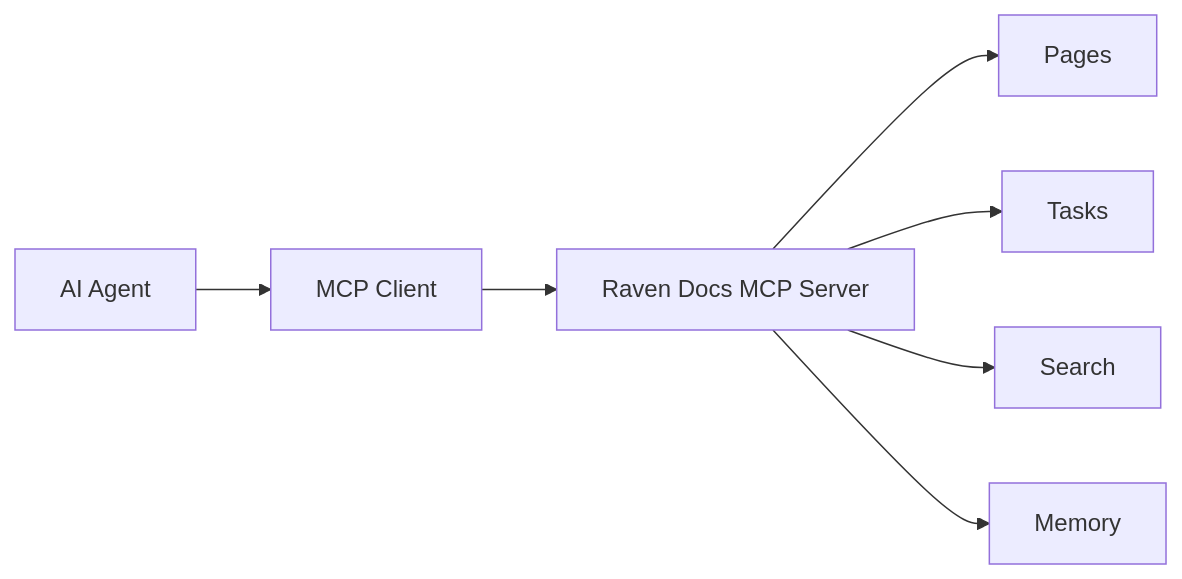
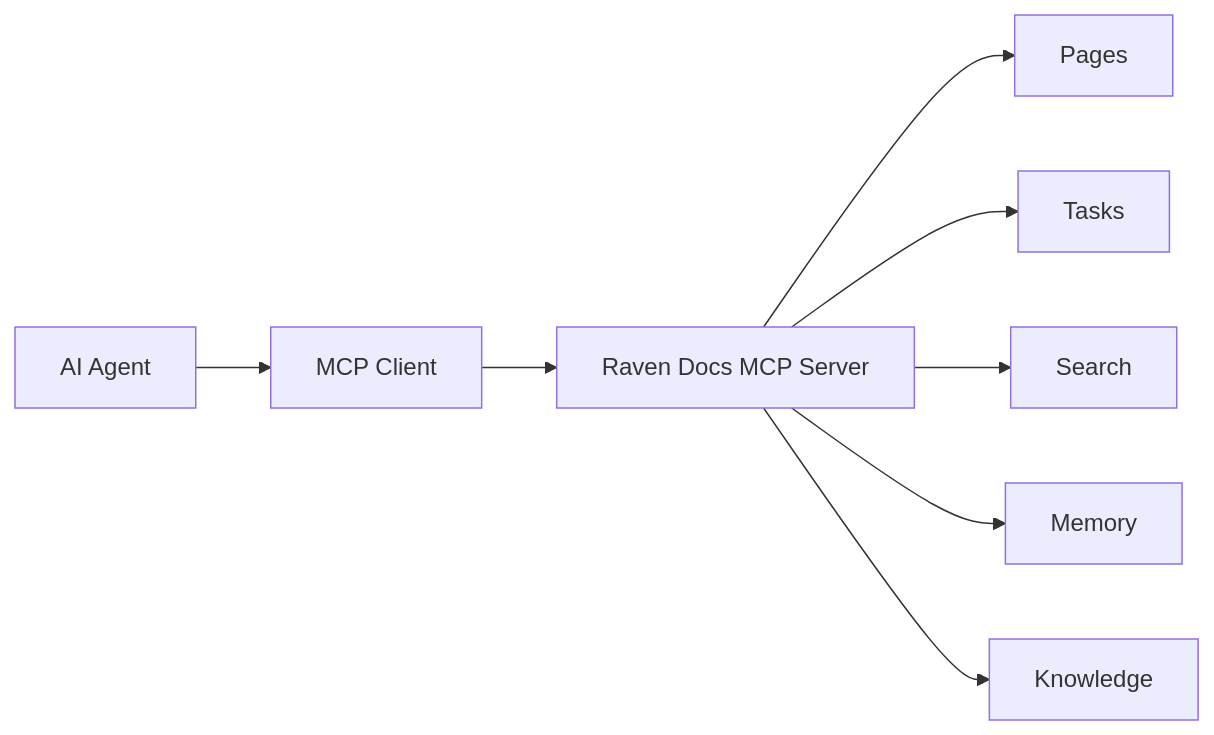
The diagram in apps/docs/docs/mcp/overview.md (HaruHunab1320/raven-docs), drawn with Mermaid before and after one commit. The commit also changed other lines of this file and 35 other files, not shown here.

````diff
--- a/apps/docs/docs/mcp/overview.md
+++ b/apps/docs/docs/mcp/overview.md
@@ -21,9 +21,10 @@
 ```mermaid
 graph LR
     A[AI Agent] --> B[MCP Client]
     B --> C[Raven Docs MCP Server]
     C --> D[Pages]
     C --> E[Tasks]
     C --> F[Search]
     C --> G[Memory]
+    C --> H[Knowledge]
 ```
````
